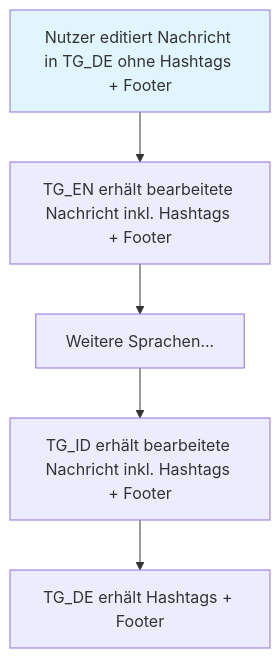
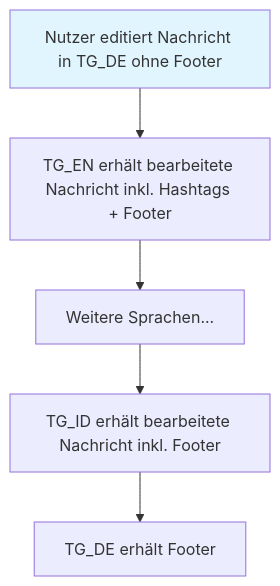
One commit to militaernews/ptb-mn changed the second of 2 diagrams in docs/USAGE.md. Above: the diagram before and after it, drawn with Mermaid. The commit also changed other lines of this file and 2 other files, not shown here.

````diff
--- a/docs/USAGE.md
+++ b/docs/USAGE.md
@@ -68,9 +72,9 @@
 ```mermaid
 flowchart TD
-    A[Nutzer editiert Nachricht in TG_DE ohne Hashtags + Footer] --> B[TG_EN erhält bearbeitete Nachricht inkl. Hashtags + Footer]
+    A[Nutzer editiert Nachricht in TG_DE ohne Footer] --> B[TG_EN erhält bearbeitete Nachricht inkl. Hashtags + Footer]
     B --> C[Weitere Sprachen...]
-    C --> D[TG_ID erhält bearbeitete Nachricht inkl. Hashtags + Footer]
-    D --> E[TG_DE erhält Hashtags + Footer]
+    C --> D[TG_ID erhält bearbeitete Nachricht inkl. Footer]
+    D --> E[TG_DE erhält Footer]
     
     style A fill:#e1f5fe
 ```
````
